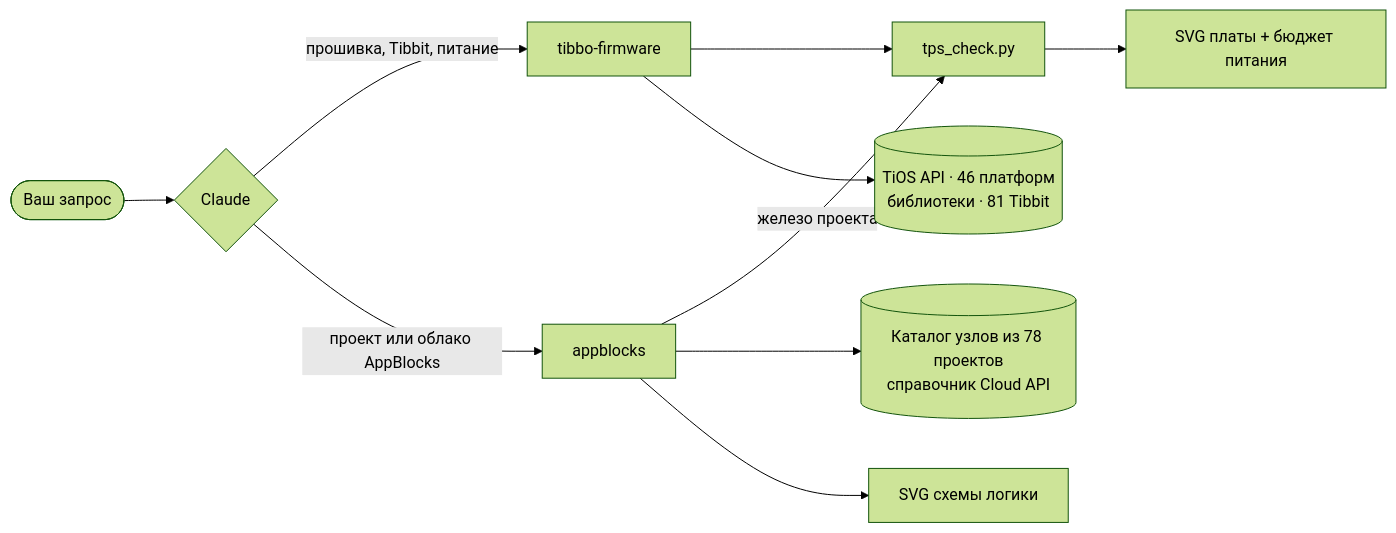
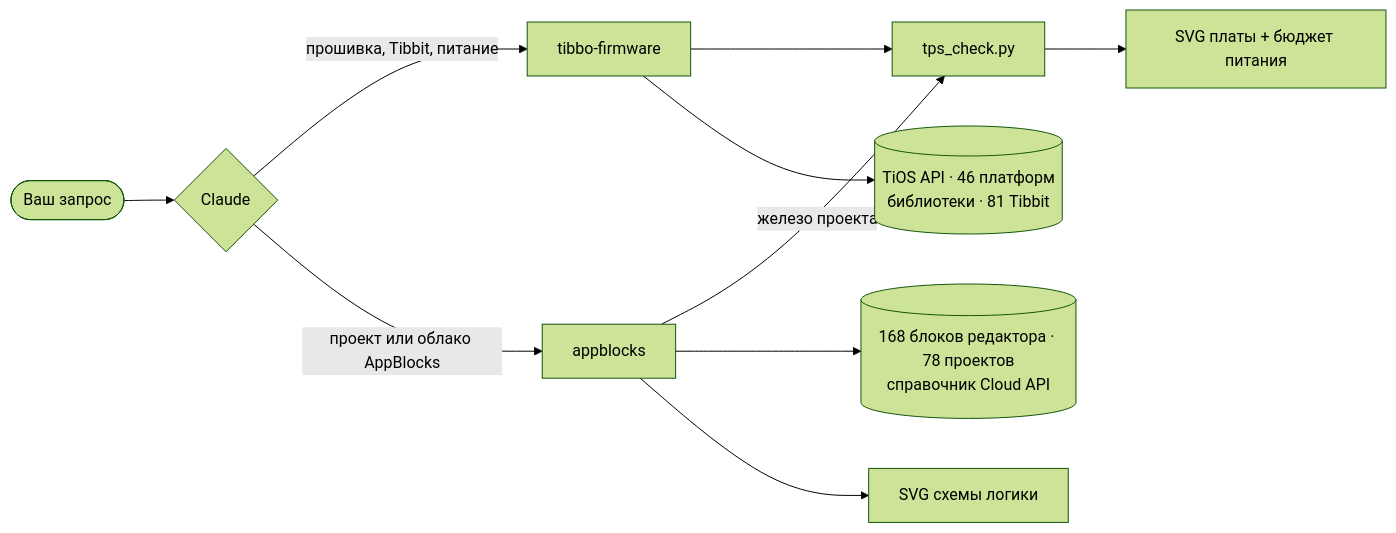
Before and after one commit to SCANCODE-IOT/tibbo-claude-skills: the diagram in README.ru.md, drawn with Mermaid (forest theme). The commit also changed 17 other files, not shown here.

````diff
--- a/README.ru.md
+++ b/README.ru.md
@@ -43,12 +43,12 @@
 ```mermaid
 flowchart LR
     U([Ваш запрос]) --> C{Claude}
     C -->|прошивка, Tibbit, питание| F[tibbo-firmware]
     C -->|проект или облако AppBlocks| A[appblocks]
     A -->|железо проекта| T[tps_check.py]
     F --> T
     F --> R[(TiOS API · 46 платформ<br/>библиотеки · 81 Tibbit)]
-    A --> K[(Каталог узлов из 78 проектов<br/>справочник Cloud API)]
+    A --> K[(168 блоков редактора · 78 проектов<br/>справочник Cloud API)]
     T --> S[SVG платы + бюджет питания]
     A --> L[SVG схемы логики]
 ```
````
